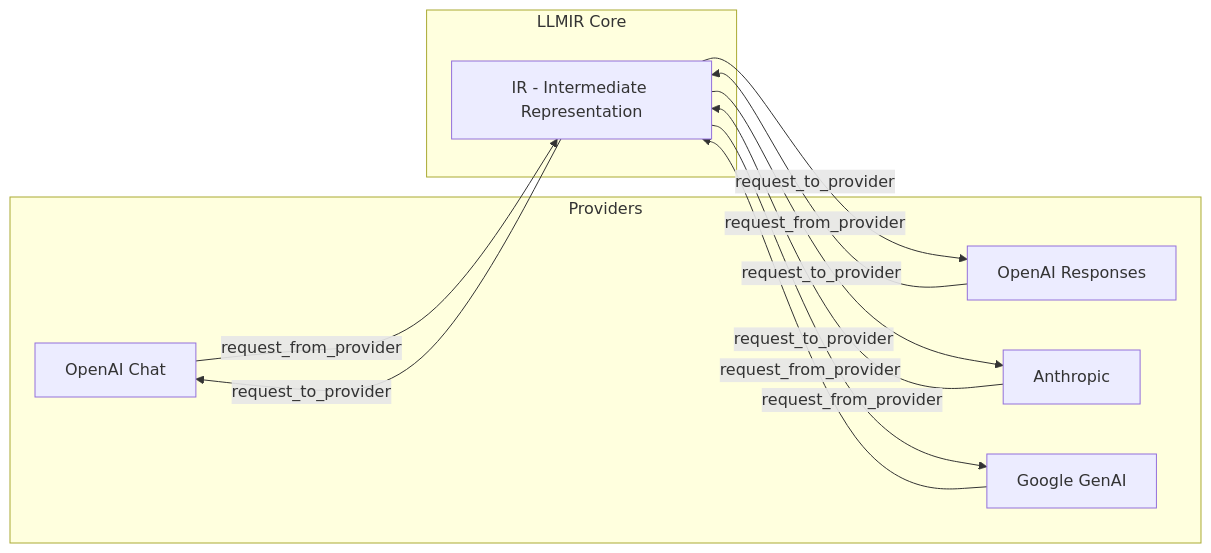
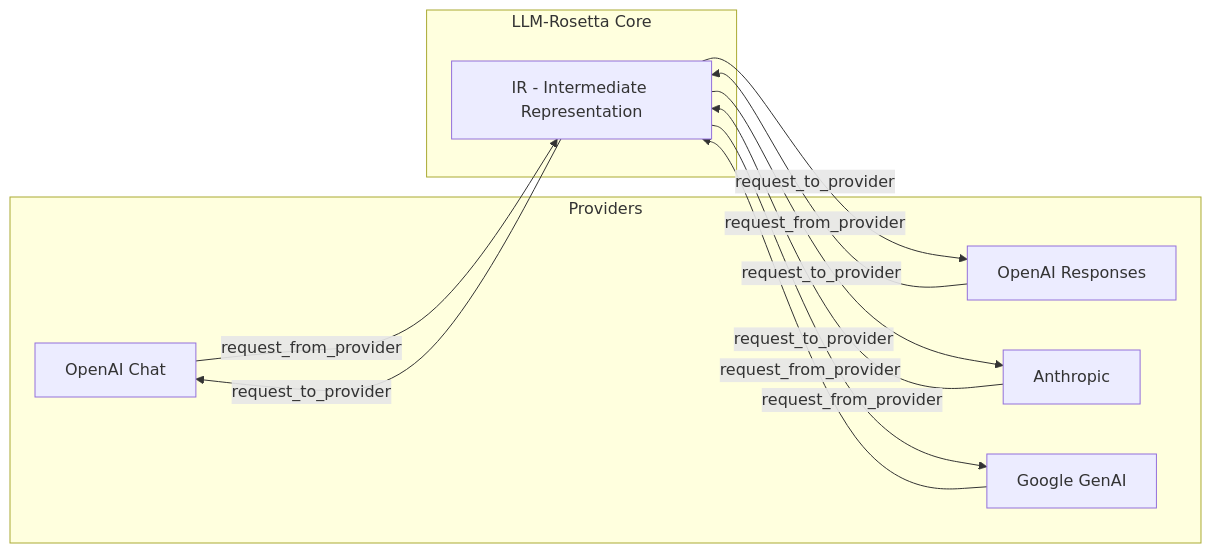
One commit to iBobbyTS/codex-rosetta changed the first of 9 diagrams in plans/architecture.md. Above: the diagram before and after it, drawn with Mermaid. The commit also changed other lines of this file and 214 other files, not shown here.

First line of the commit message:
refactor: rename package from llmir to llm-rosetta

````diff
--- a/plans/architecture.md
+++ b/plans/architecture.md
@@ -7,22 +7,22 @@
 ```mermaid
 graph LR
     subgraph Providers
         OC[OpenAI Chat]
         OR[OpenAI Responses]
         AN[Anthropic]
         GO[Google GenAI]
     end
 
-    subgraph LLMIR Core
+    subgraph LLM-Rosetta Core
         IR[IR - Intermediate Representation]
     end
 
     OC -- request_from_provider --> IR
     IR -- request_to_provider --> OC
     OR -- request_from_provider --> IR
     IR -- request_to_provider --> OR
     AN -- request_from_provider --> IR
     IR -- request_to_provider --> AN
     GO -- request_from_provider --> IR
     IR -- request_to_provider --> GO
 ```
````
